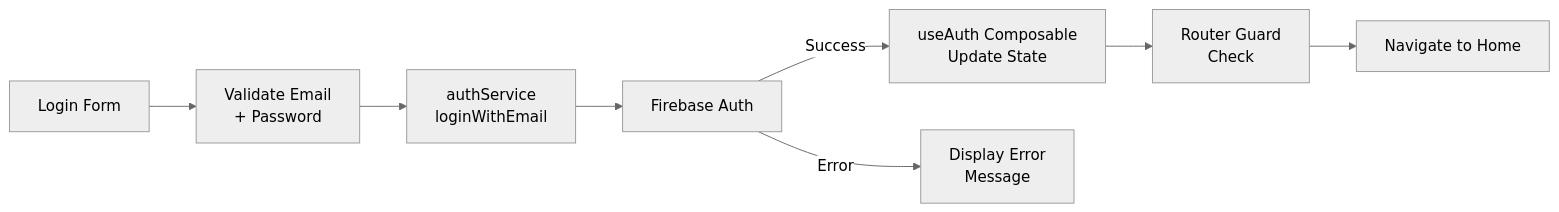
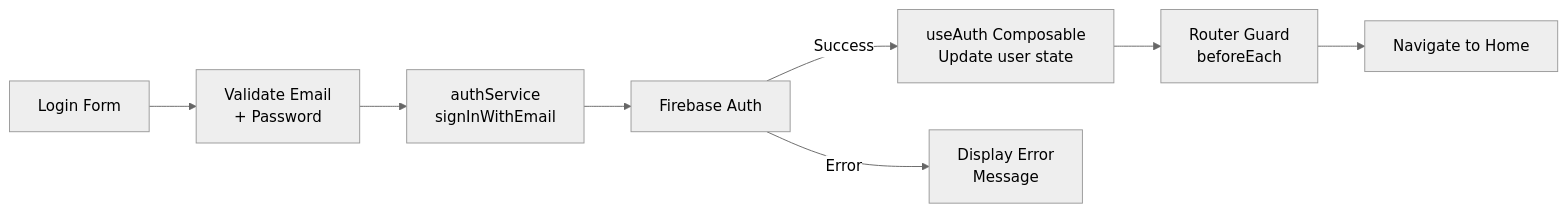
The fifth of 6 diagrams in docs/data-flow.md (fMuchka/my-pisnicka2.0), drawn with Mermaid (neutral theme) before and after one commit. The commit also changed other lines of this file and 4 other files, not shown here.

````diff
--- a/docs/data-flow.md
+++ b/docs/data-flow.md
@@ -35,10 +84,10 @@
 ```mermaid
 flowchart LR
   L[Login Form] --> V[Validate Email<br/>+ Password]
-  V --> AS[authService<br/>loginWithEmail]
+  V --> AS[authService<br/>signInWithEmail]
   AS --> FA[Firebase Auth]
-  FA -- Success --> UA[useAuth Composable<br/>Update State]
-  UA --> RG[Router Guard<br/>Check]
+  FA -- Success --> UA[useAuth Composable<br/>Update user state]
+  UA --> RG[Router Guard<br/>beforeEach]
   RG --> HOME[Navigate to Home]
   FA -- Error --> E[Display Error<br/>Message]
 ```
````
